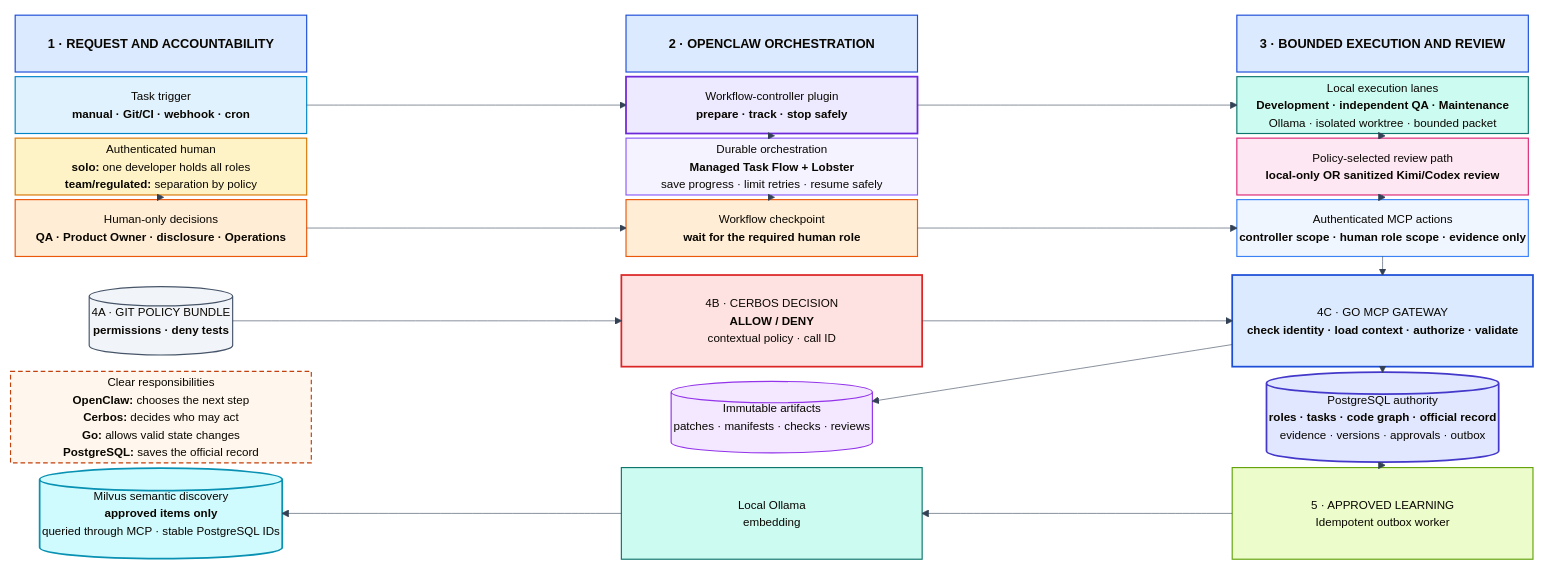
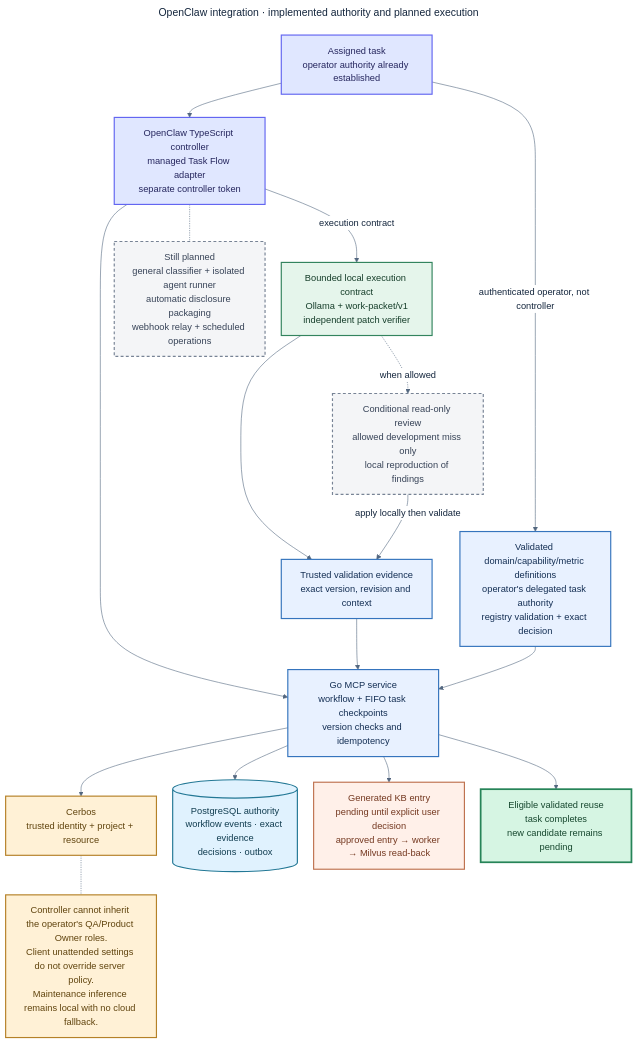
The diagram in docs/diagrams/openclaw-agentic-automation-workflow.mmd (dhanuka84/local-ai-development-platform), drawn with Mermaid before and after one commit. The commit also changed 71 other files, not shown here.

```diff
--- a/docs/diagrams/openclaw-agentic-automation-workflow.mmd
+++ b/docs/diagrams/openclaw-agentic-automation-workflow.mmd
@@ -1,118 +1,42 @@
 ---
-title: OpenClaw Agentic Automation — Local-First Execution with Human Governance
+title: OpenClaw integration · implemented authority and planned execution
 ---
-%%{init: {"theme": "base", "themeVariables": {"fontFamily": "Inter, Arial, sans-serif", "fontSize": "20px", "primaryTextColor": "#172033", "lineColor": "#334155", "edgeLabelBackground": "#ffffff"}, "themeCSS": ".edge-thickness-normal { stroke-width: 4px !important; } .marker path { fill: context-stroke !important; stroke: context-stroke !important; } #my-svg-1-HUMAN-GATES, #my-svg-1-TRIGGER-CONTROLLER { stroke: #2563eb !important; } #my-svg-1-CONTROLLER-TASKFLOW, #my-svg-1-TASKFLOW-CHECKPOINT, #my-svg-1-GATES-CHECKPOINT { stroke: #7c3aed !important; } #my-svg-1-CONTROLLER-LOCAL, #my-svg-1-LOCAL-ROUTE, #my-svg-1-ROUTE-CALLS, #my-svg-1-CHECKPOINT-CALLS { stroke: #ea580c !important; } #my-svg-1-CALLS-MCP, #my-svg-1-POLICIES-CERBOS, #my-svg-1-CERBOS-MCP { stroke: #dc2626 !important; } #my-svg-1-MCP-POSTGRES, #my-svg-1-MCP-ARTIFACTS { stroke: #047857 !important; } #my-svg-1-POSTGRES-OUTBOX, #my-svg-1-OUTBOX-EMBEDDING, #my-svg-1-EMBEDDING-MILVUS { stroke: #65a30d !important; }"}}%%
-block
-  columns 1
+%%{init: {"theme":"base","themeVariables":{"fontFamily":"Arial, sans-serif","fontSize":"16px","primaryTextColor":"#14263d","lineColor":"#53677f","edgeLabelBackground":"#ffffff"},"flowchart":{"curve":"basis","htmlLabels":true,"nodeSpacing":28,"rankSpacing":40},"fontFamily":"Arial, sans-serif","themeCSS":".nodeLabel, .edgeLabel, .cluster-label, .flowchartTitleText { font-family: Arial, sans-serif !important; }"}}%%
+flowchart TB
+    USER["Assigned task<br/>operator authority already established"]:::client
+    OC["OpenClaw TypeScript controller<br/>managed Task Flow adapter<br/>separate controller token"]:::client
+    MCP["Go MCP service<br/>workflow + FIFO task checkpoints<br/>version checks and idempotency"]:::service
+    PDP["Cerbos<br/>trusted identity + project + resource"]:::gate
+    DB[("PostgreSQL authority<br/>workflow events · exact evidence<br/>decisions · outbox")]:::data
+    LOCAL["Bounded local execution contract<br/>Ollama + work-packet/v1<br/>independent patch verifier"]:::local
+    REVIEW["Conditional read-only review<br/>allowed development miss only<br/>local reproduction of findings"]:::target
+    VERIFY["Trusted validation evidence<br/>exact version, revision and context"]:::service
+    DEF["Validated domain/capability/metric definitions<br/>operator's delegated task authority<br/>registry validation + exact decision"]:::service
+    KB["Generated KB entry<br/>pending until explicit user decision<br/>approved entry → worker → Milvus read-back"]:::pending
+    REUSE["Eligible validated reuse<br/>task completes<br/>new candidate remains pending"]:::done
+    FUTURE["Still planned<br/>general classifier + isolated agent runner<br/>automatic disclosure packaging<br/>webhook relay + scheduled operations"]:::target
+    USER --> OC --> MCP
+    MCP --> PDP
+    MCP --> DB
+    OC -->|execution contract| LOCAL
+    LOCAL -.->|when allowed| REVIEW
+    LOCAL --> VERIFY
+    REVIEW -->|apply locally then validate| VERIFY
+    VERIFY --> MCP
+    USER -->|authenticated operator, not controller| DEF
+    DEF --> MCP
+    MCP --> KB
+    MCP --> REUSE
+    OC -.- FUTURE
+    NOTE["Controller cannot inherit the operator's QA/Product Owner roles.<br/>Client unattended settings do not override server policy.<br/>Maintenance inference remains local with no cloud fallback."]:::gate
+    PDP -.- NOTE
 
-  block:top
-    columns 5
-    block:request
-      columns 1
-      H1["1 · REQUEST AND ACCOUNTABILITY"]
-      TRIGGER["Task trigger<br/><b>manual · Git/CI · webhook · cron</b>"]
-      HUMAN["Authenticated human<br/><b>solo:</b> one developer holds all roles<br/><b>team/regulated:</b> separation by policy"]
-      GATES["Human-only decisions<br/><b>QA · Product Owner · disclosure · Operations</b>"]
-    end
-
-    space
-
-    block:orchestrate
-      columns 1
-      H2["2 · OPENCLAW ORCHESTRATION"]
-      CONTROLLER["Workflow-controller plugin<br/><b>prepare · track · stop safely</b>"]
-      TASKFLOW["Durable orchestration<br/><b>Managed Task Flow + Lobster</b><br/>save progress · limit retries · resume safely"]
-      CHECKPOINT["Workflow checkpoint<br/><b>wait for the required human role</b>"]
-    end
-
-    space
-
-    block:execute
-      columns 1
-      H3["3 · BOUNDED EXECUTION AND REVIEW"]
-      LOCAL["Local execution lanes<br/><b>Development · independent QA · Maintenance</b><br/>Ollama · isolated worktree · bounded packet"]
-      ROUTE["Policy-selected review path<br/><b>local-only OR sanitized Kimi/Codex review</b>"]
-      CALLS["Authenticated MCP actions<br/><b>controller scope · human role scope · evidence only</b>"]
-    end
-  end
-
-  block:trust
-    columns 5
-    POLICIES[("4A · GIT POLICY BUNDLE<br/><b>permissions · deny tests</b>")]
-    space
-    CERBOS["4B · CERBOS DECISION<br/><b>ALLOW / DENY</b><br/>contextual policy · call ID"]
-    space
-    MCP["4C · GO MCP GATEWAY<br/><b>check identity · load context · authorize · validate</b>"]
-    SPLIT["Clear responsibilities<br/><b>OpenClaw:</b> chooses the next step<br/><b>Cerbos:</b> decides who may act<br/><b>Go:</b> allows valid state changes<br/><b>PostgreSQL:</b> saves the official record"]
-    space
-    ARTIFACTS[("Immutable artifacts<br/>patches · manifests · checks · reviews")]
-    space
-    POSTGRES[("PostgreSQL authority<br/><b>roles · tasks · code graph · official record</b><br/>evidence · versions · approvals · outbox")]
-    MILVUS[("Milvus semantic discovery<br/><b>approved items only</b><br/>queried through MCP · stable PostgreSQL IDs")]
-    space
-    EMBEDDING["Local Ollama<br/>embedding"]
-    space
-    OUTBOX["5 · APPROVED LEARNING<br/>Idempotent outbox worker"]
-  end
-
-  HUMAN --> GATES
-  TRIGGER --> CONTROLLER
-  CONTROLLER --> LOCAL
-  CONTROLLER --> TASKFLOW
-  TASKFLOW --> CHECKPOINT
-  LOCAL --> ROUTE
-  ROUTE --> CALLS
-  GATES --> CHECKPOINT
-  CHECKPOINT --> CALLS
-  CALLS --> MCP
-
-  POLICIES --> CERBOS
-  CERBOS --> MCP
-  MCP --> POSTGRES
-  MCP --> ARTIFACTS
-  POSTGRES --> OUTBOX
-  OUTBOX --> EMBEDDING
-  EMBEDDING --> MILVUS
-
-  classDef header fill:#dbeafe,stroke:#1d4ed8,stroke-width:2px,color:#172554,font-size:22px,font-weight:bold;
-  classDef trigger fill:#e0f2fe,stroke:#0284c7,stroke-width:2px,color:#0c4a6e;
-  classDef human fill:#fef3c7,stroke:#d97706,stroke-width:2px,color:#78350f;
-  classDef gate fill:#ffedd5,stroke:#ea580c,stroke-width:2px,color:#7c2d12;
-  classDef openclaw fill:#f5f3ff,stroke:#8b5cf6,stroke-width:2px,color:#3b0764;
-  classDef openclawStrong fill:#ede9fe,stroke:#6d28d9,stroke-width:3px,color:#3b0764;
-  classDef local fill:#ccfbf1,stroke:#0f766e,stroke-width:2px,color:#134e4a;
-  classDef cloud fill:#fce7f3,stroke:#db2777,stroke-width:2px,color:#831843;
-  classDef gatewayLight fill:#eff6ff,stroke:#3b82f6,stroke-width:2px,color:#1e3a8a;
-  classDef gateway fill:#dbeafe,stroke:#1d4ed8,stroke-width:3px,color:#172554;
-  classDef authz fill:#fee2e2,stroke:#dc2626,stroke-width:3px,color:#7f1d1d;
-  classDef database fill:#e0e7ff,stroke:#4338ca,stroke-width:3px,color:#312e81;
-  classDef storage fill:#f3e8ff,stroke:#9333ea,stroke-width:2px,color:#581c87;
-  classDef git fill:#f1f5f9,stroke:#475569,stroke-width:2px,color:#0f172a;
-  classDef worker fill:#ecfccb,stroke:#65a30d,stroke-width:2px,color:#365314;
-  classDef vector fill:#cffafe,stroke:#0891b2,stroke-width:3px,color:#164e63;
-  classDef note fill:#fff7ed,stroke:#c2410c,stroke-width:2px,stroke-dasharray:8 5,color:#7c2d12;
-
-  class H1,H2,H3 header
-  class TRIGGER trigger
-  class HUMAN human
-  class GATES gate
-  class CONTROLLER openclawStrong
-  class TASKFLOW openclaw
-  class CHECKPOINT gate
-  class LOCAL,EMBEDDING local
-  class ROUTE cloud
-  class CALLS gatewayLight
-  class MCP gateway
-  class CERBOS authz
-  class POSTGRES database
-  class ARTIFACTS storage
-  class POLICIES git
-  class OUTBOX worker
-  class MILVUS vector
-  class SPLIT note
-
-  style request fill:#ffffff,stroke:#ffffff,stroke-width:0px
-  style orchestrate fill:#ffffff,stroke:#ffffff,stroke-width:0px
-  style execute fill:#ffffff,stroke:#ffffff,stroke-width:0px
-  style top fill:#ffffff,stroke:#ffffff,stroke-width:0px
-  style trust fill:#ffffff,stroke:#ffffff,stroke-width:0px
+    classDef client fill:#e0e7ff,stroke:#6366f1,color:#25265e,stroke-width:2px;
+    classDef service fill:#e8f1ff,stroke:#3574bd,color:#142f54,stroke-width:2px;
+    classDef local fill:#e5f5eb,stroke:#33845e,color:#163e2a,stroke-width:2px;
+    classDef data fill:#e0f2fe,stroke:#237895,color:#113d50,stroke-width:2px;
+    classDef evidence fill:#f1e8ff,stroke:#8860b5,color:#422760,stroke-width:2px;
+    classDef gate fill:#fff1d6,stroke:#b58128,color:#60440e,stroke-width:2px;
+    classDef pending fill:#fff0e9,stroke:#bf7350,color:#743820,stroke-width:2px;
+    classDef target fill:#f4f5f7,stroke:#778395,color:#374357,stroke-width:2px,stroke-dasharray:5 4;
+    classDef done fill:#d6f5e3,stroke:#268458,color:#16472e,stroke-width:3px;
```
